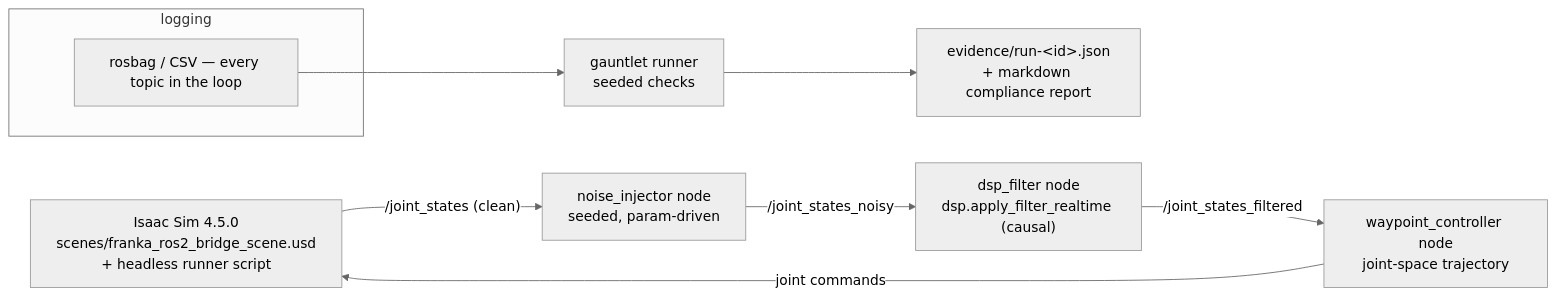
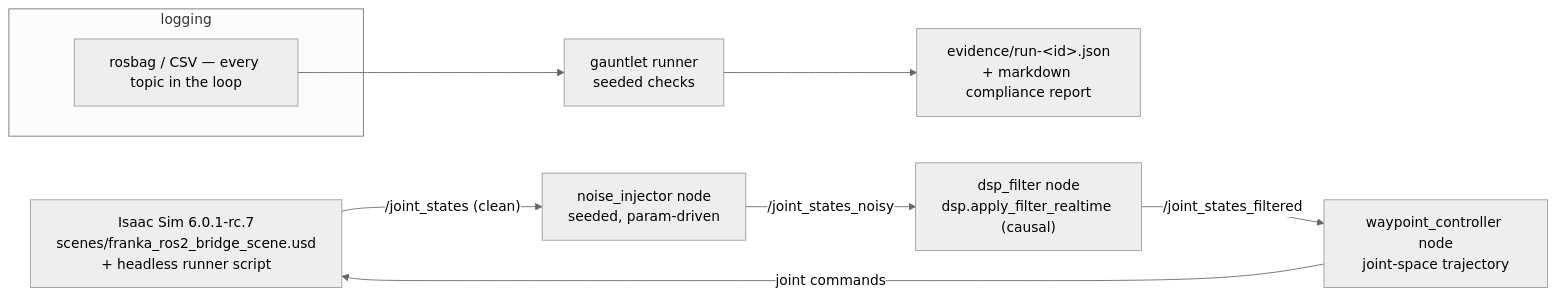
One commit to camirian/sim-to-real-control-systems-public changed the diagram in MASTER_PLAN.md. Above: the diagram before and after it, drawn with Mermaid (neutral theme). The commit also changed other lines of this file and 5 other files, not shown here.

````diff
--- a/MASTER_PLAN.md
+++ b/MASTER_PLAN.md
@@ -33,12 +46,12 @@
 ```mermaid
 flowchart LR
-    ISAAC["Isaac Sim 4.5.0\nscenes/franka_ros2_bridge_scene.usd\n+ headless runner script"] -- "/joint_states (clean)" --> NOISE["noise_injector node\nseeded, param-driven"]
+    ISAAC["Isaac Sim 6.0.1-rc.7\nscenes/franka_ros2_bridge_scene.usd\n+ headless runner script"] -- "/joint_states (clean)" --> NOISE["noise_injector node\nseeded, param-driven"]
     NOISE -- "/joint_states_noisy" --> FILT["dsp_filter node\ndsp.apply_filter_realtime (causal)"]
     FILT -- "/joint_states_filtered" --> CTRL["waypoint_controller node\njoint-space trajectory"]
     CTRL -- "joint commands" --> ISAAC
     subgraph logging
       BAG["rosbag / CSV — every topic in the loop"]
     end
     BAG --> GAUNT["gauntlet runner\nseeded checks"]
     GAUNT --> EVID["evidence/run-&lt;id&gt;.json\n+ markdown compliance report"]
 ```
````
